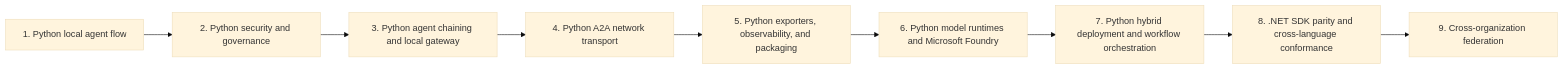
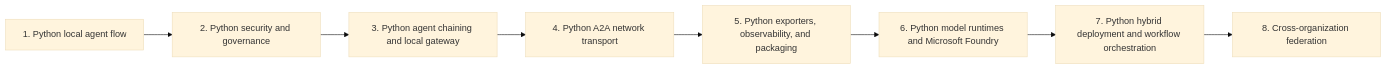
Before and after one commit to malcmiller/conducto-ai: the fourth of 4 diagrams in docs/deployment-and-federation.md, drawn with Mermaid (base theme). The commit also changed other lines of this file and 232 other files, not shown here.

````diff
--- a/docs/deployment-and-federation.md
+++ b/docs/deployment-and-federation.md
@@ -321,11 +319,10 @@
 ```mermaid
 flowchart LR
     M1[1. Python local agent flow] --> M2[2. Python security and governance]
     M2 --> M3[3. Python agent chaining and local gateway]
     M3 --> M4[4. Python A2A network transport]
     M4 --> M5[5. Python exporters, observability, and packaging]
     M5 --> M6[6. Python model runtimes and Microsoft Foundry]
     M6 --> M7[7. Python hybrid deployment and workflow orchestration]
-    M7 --> M8[8. .NET SDK parity and cross-language conformance]
-    M8 --> M9[9. Cross-organization federation]
+    M7 --> M8[8. Cross-organization federation]
 ```
````
